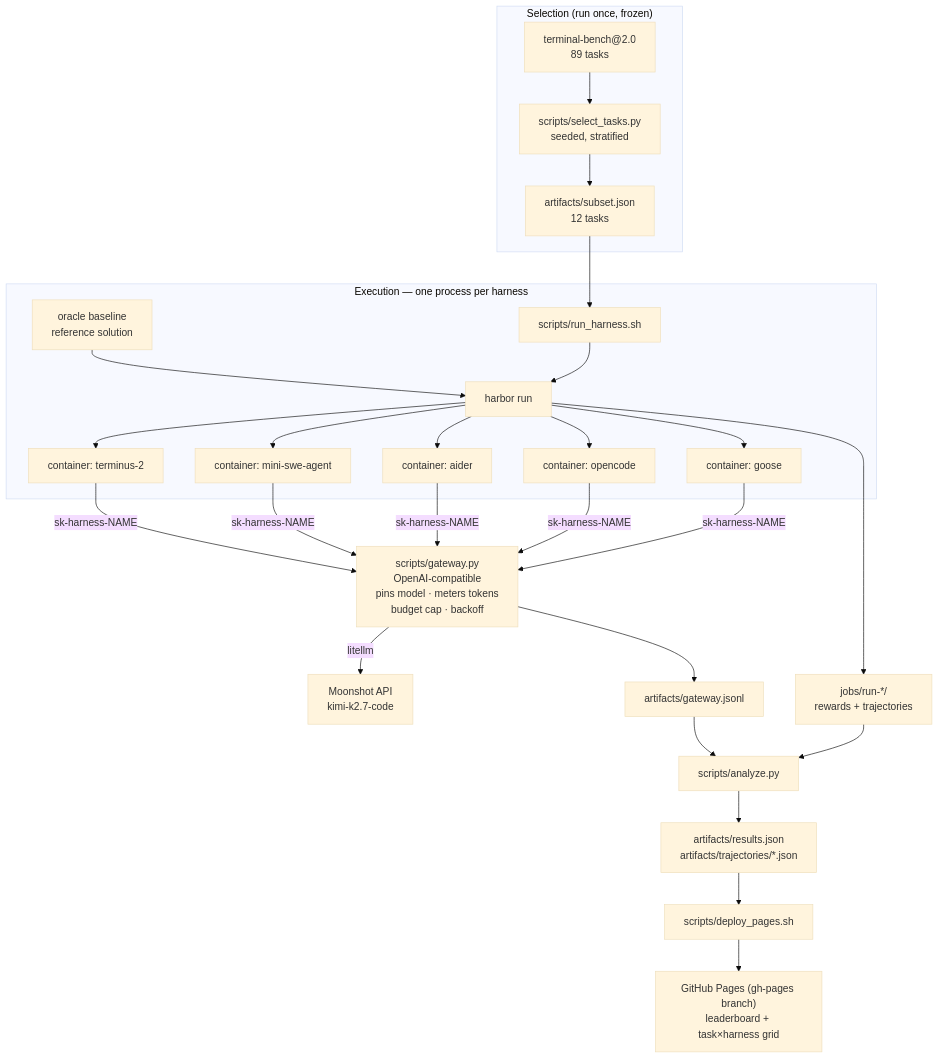
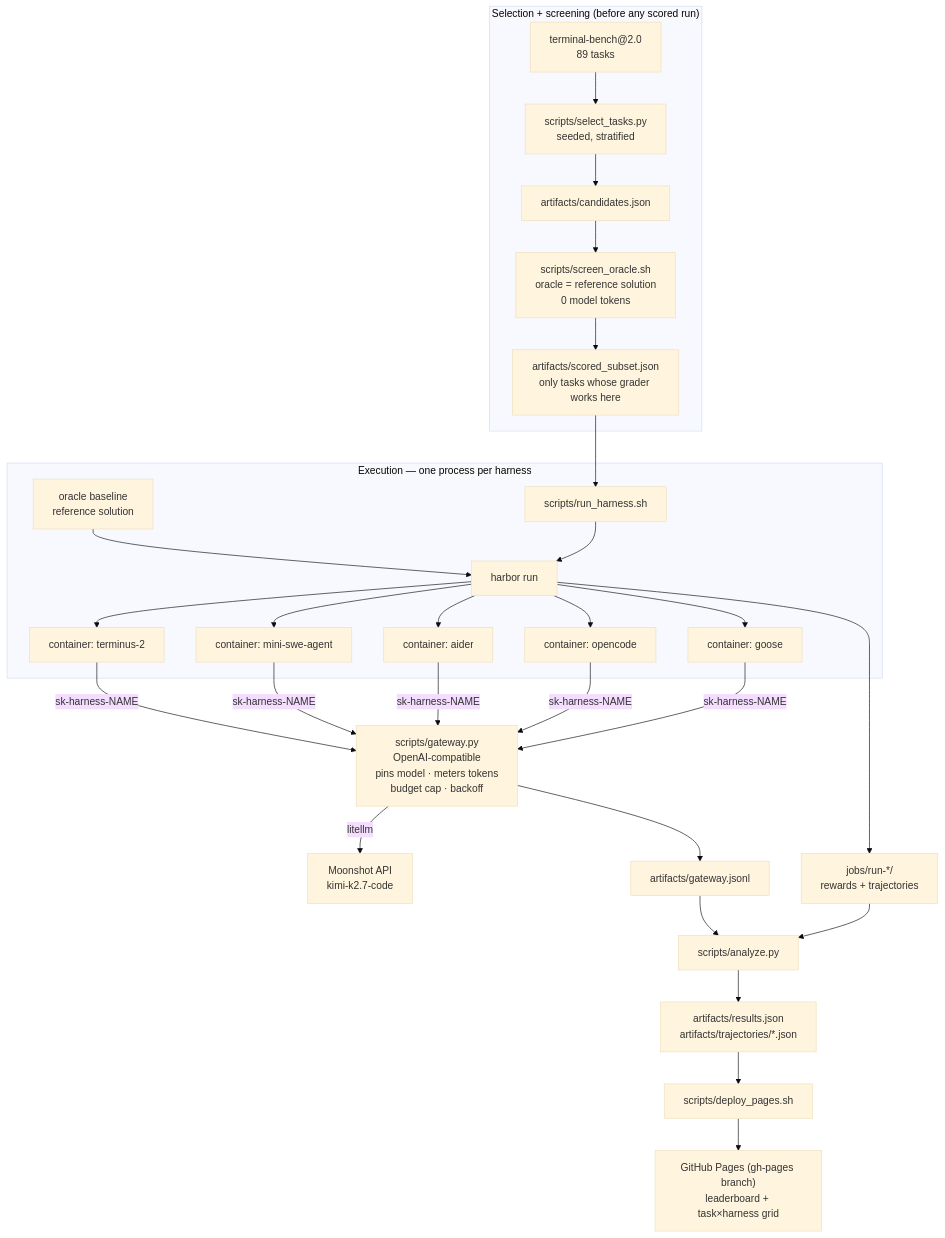
Before and after one commit to carlosrymer/harbor-harness-spread: the diagram in ARCHITECTURE.md, drawn with Mermaid (base theme). The commit also changed other lines of this file and 2 other files, not shown here.

Commit message:
oracle screening pipeline: candidates -> screened -> scored subset

````diff
--- a/ARCHITECTURE.md
+++ b/ARCHITECTURE.md
@@ -30,31 +38,33 @@
 ```mermaid
 flowchart TB
-    subgraph sel["Selection (run once, frozen)"]
+    subgraph sel["Selection + screening (before any scored run)"]
         TB["terminal-bench@2.0<br/>89 tasks"] --> SEL["scripts/select_tasks.py<br/>seeded, stratified"]
-        SEL --> SUB["artifacts/subset.json<br/>12 tasks"]
+        SEL --> CAND["artifacts/candidates.json"]
+        CAND --> SCR["scripts/screen_oracle.sh<br/>oracle = reference solution<br/>0 model tokens"]
+        SCR --> SUB["artifacts/scored_subset.json<br/>only tasks whose grader works here"]
     end
 
     subgraph exec["Execution — one process per harness"]
         ORC["oracle baseline<br/>reference solution"] --> HARBOR
         RUN["scripts/run_harness.sh"] --> HARBOR["harbor run"]
         HARBOR --> C1["container: terminus-2"]
         HARBOR --> C2["container: mini-swe-agent"]
         HARBOR --> C3["container: aider"]
         HARBOR --> C4["container: opencode"]
         HARBOR --> C5["container: goose"]
     end
 
     SUB --> RUN
 
     GW["scripts/gateway.py<br/>OpenAI-compatible<br/>pins model · meters tokens<br/>budget cap · backoff"]
     C1 & C2 & C3 & C4 & C5 -->|"sk-harness-NAME"| GW
     GW -->|litellm| MOON["Moonshot API<br/>kimi-k2.7-code"]
     GW --> METER["artifacts/gateway.jsonl"]
 
     HARBOR --> JOBS["jobs/run-*/<br/>rewards + trajectories"]
     JOBS --> AN["scripts/analyze.py"]
     METER --> AN
     AN --> RES["artifacts/results.json<br/>artifacts/trajectories/*.json"]
     RES --> DEP["scripts/deploy_pages.sh"]
     DEP --> SITE["GitHub Pages (gh-pages branch)<br/>leaderboard + task×harness grid"]
 ```
````
